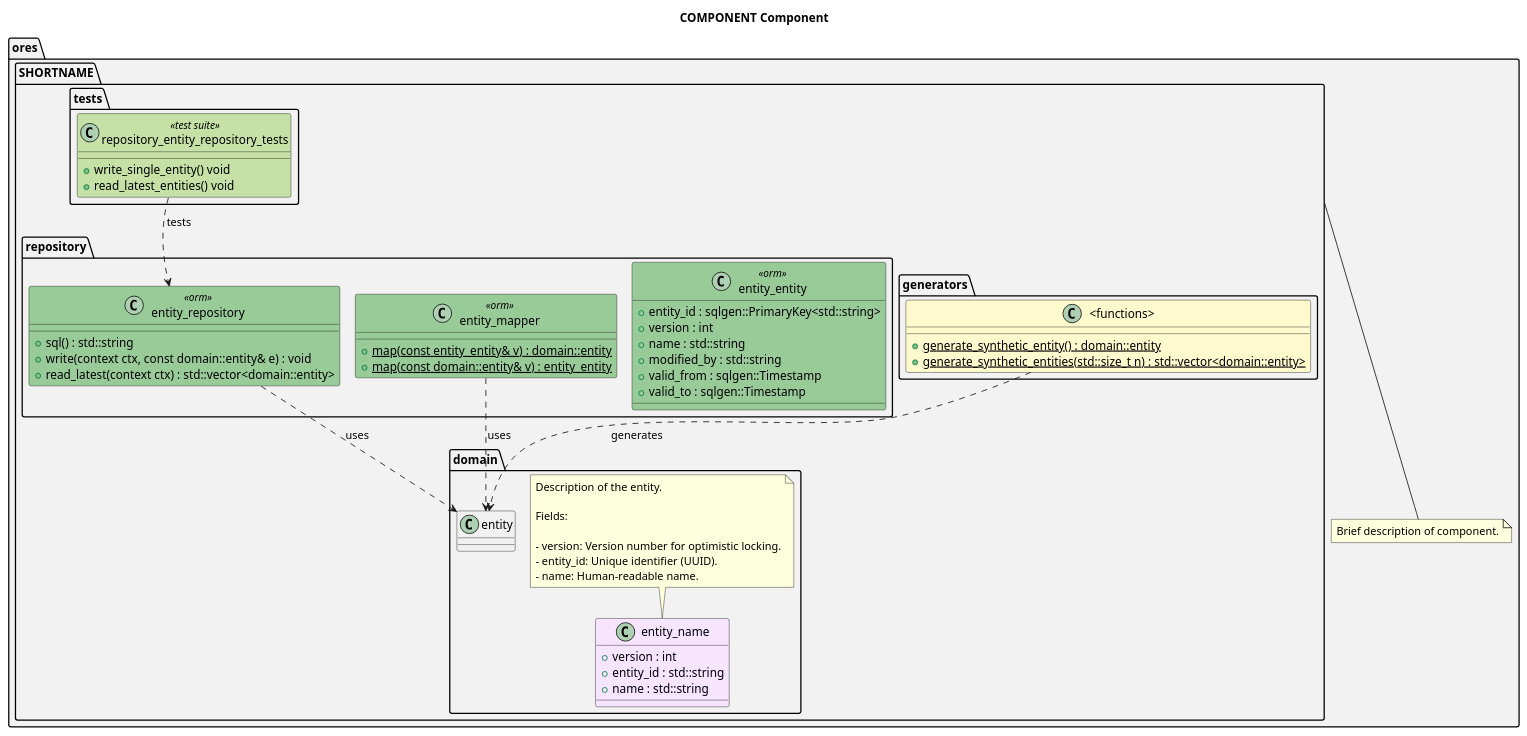
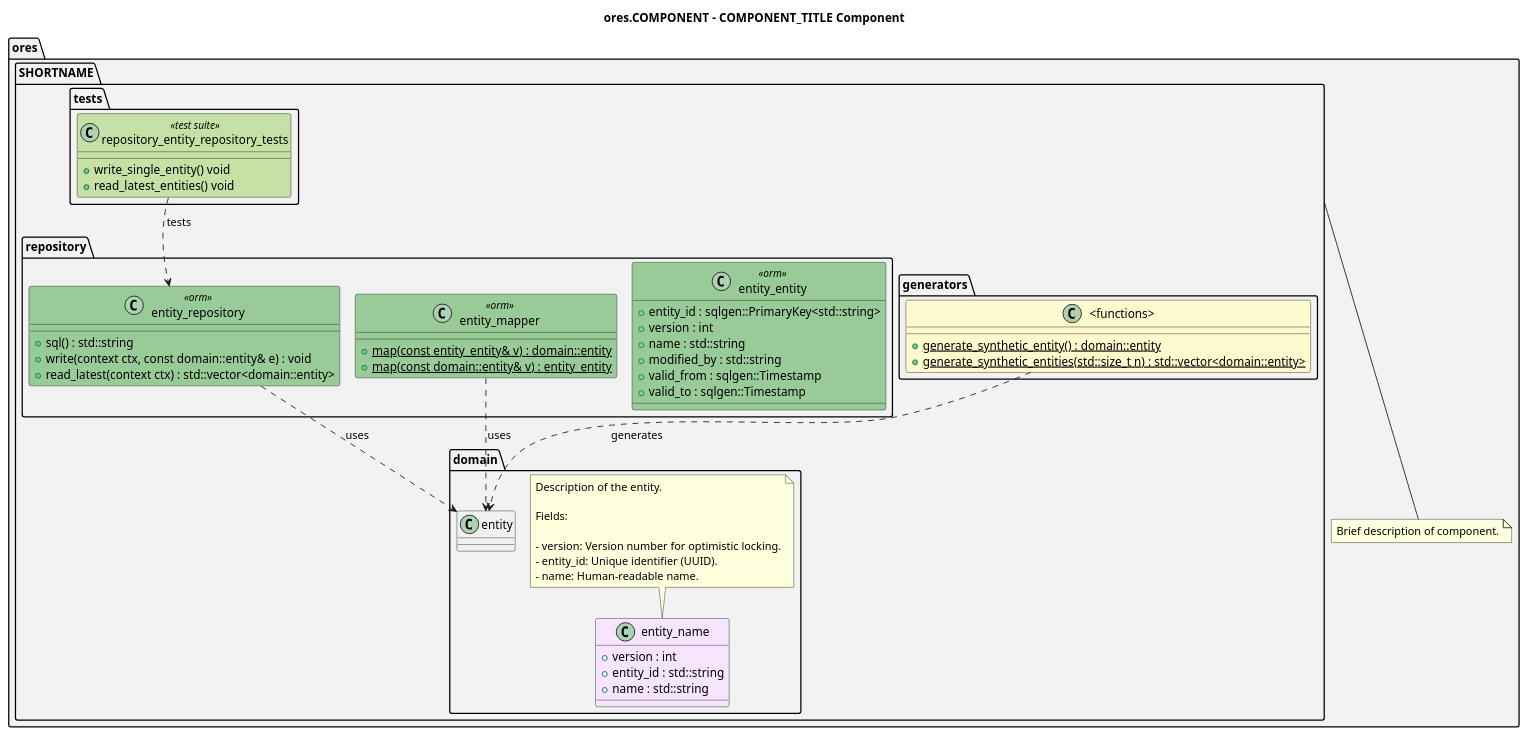
Before and after one commit to OreStudio/OreStudio: the diagram in doc/skills/component-model-creator/skill.org, drawn with PlantUML. The commit also changed 1 other file, not shown here.

Commit message:
[doc] Fix PlantUML template consistency in skills
Address PR review feedback:
- Use COMPONENT_TITLE in PlantUML title for consistency with org template
- Update component-creator Step 9 stub to use SHORTNAME placeholder
- Add !pragma layout smetana to stub template
- Fix compile-command to use COMPONENT placeholder

```diff
--- a/doc/skills/component-model-creator/skill.org
+++ b/doc/skills/component-model-creator/skill.org
@@ -130,7 +130,7 @@
 @startuml
 !pragma layout smetana
 
-title COMPONENT Component
+title ores.COMPONENT - COMPONENT_TITLE Component
 
 set namespaceSeparator ::
 
```
